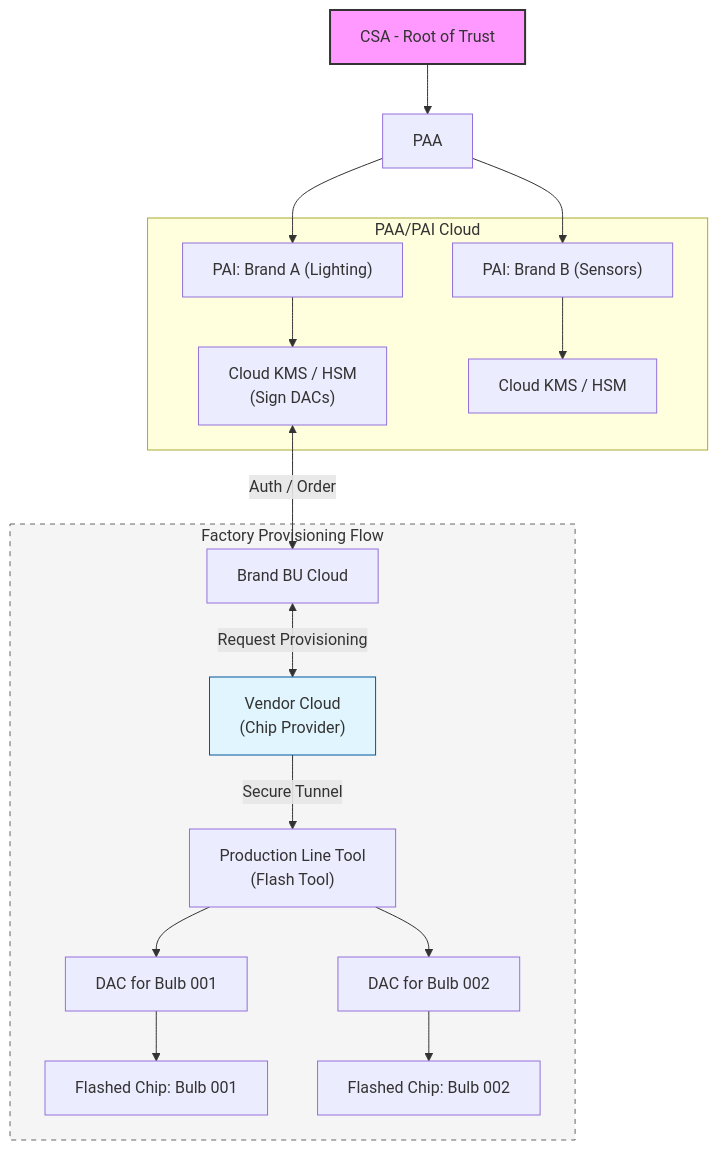
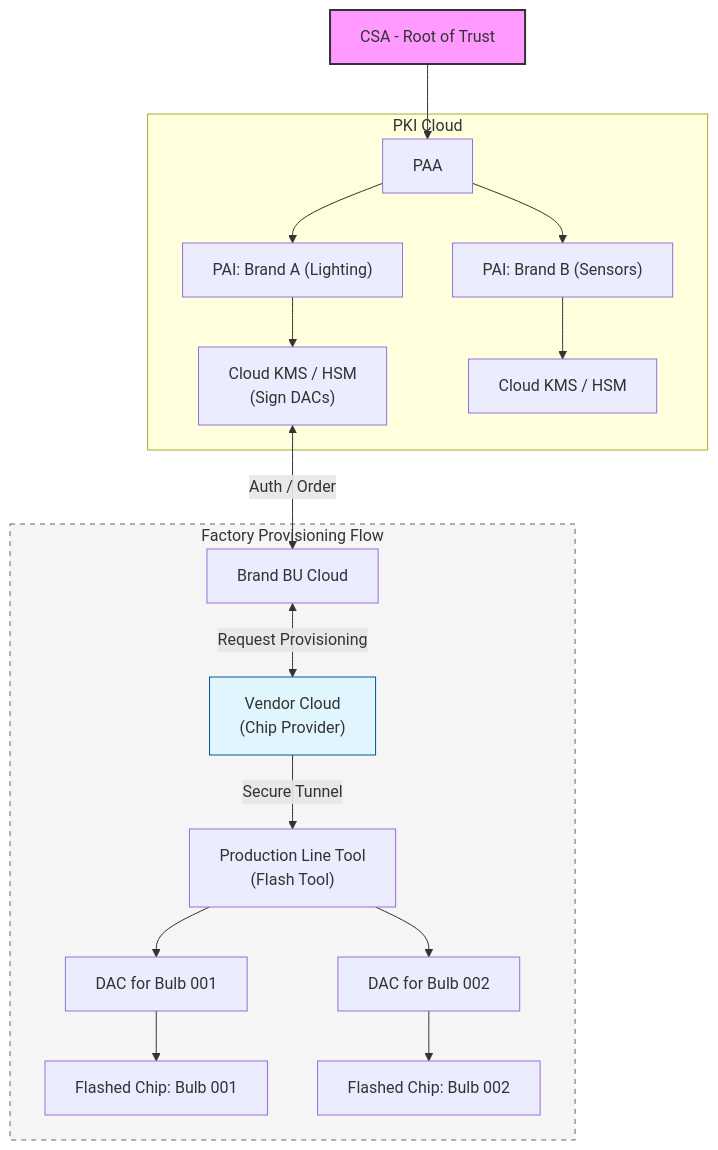
One commit to maudes/tech-notes changed the diagram in docs/blog/posts/2026-03-08-case-study-matter-protocol-to-product.md. Above: the diagram before and after it, drawn with Mermaid.

Commit message:
minor jargon update

````diff
--- a/docs/blog/posts/2026-03-08-case-study-matter-protocol-to-product.md
+++ b/docs/blog/posts/2026-03-08-case-study-matter-protocol-to-product.md
@@ -90,35 +90,33 @@
 ``` mermaid
 graph TD
 accTitle: Matter DAC Provisioning Flow (Simplified Diagram)
 
     %% PKI Hierarchy
     CSA[CSA - Root of Trust] --> PAA[PAA]
-    PAA --> PAI1["PAI: Brand A (Lighting)"]
-    PAA --> PAI2["PAI: Brand B (Sensors)"]
-
-    %% Certificate Management
-    subgraph Cloud["PAA/PAI Cloud"]
+    subgraph Cloud["PKI Cloud"]
+        PAA --> PAI1["PAI: Brand A (Lighting)"]
+        PAA --> PAI2["PAI: Brand B (Sensors)"]
         PAI1 --> KMS1["Cloud KMS / HSM<br>(Sign DACs)"]
         PAI2 --> KMS2["Cloud KMS / HSM"]
     end
 
     %% Factory Flow
     subgraph Factory["Factory Provisioning Flow"]
         KMS1 <-- "Auth / Order" --> BU["Brand BU Cloud"]
         BU <-- "Request Provisioning" --> VC["Vendor Cloud<br>(Chip Provider)"]
         
         %% DAC Distribution
         VC -- "Secure Tunnel" --> FL["Production Line Tool<br>(Flash Tool)"]
         
         FL --> DAC1["DAC for Bulb 001"]
         FL --> DAC2["DAC for Bulb 002"]
         
         DAC1 --> Device1["Flashed Chip: Bulb 001"]
         DAC2 --> Device2["Flashed Chip: Bulb 002"]
     end
 
     %% Styles
     style CSA fill:#f9f,stroke:#333,stroke-width:2px
     style Factory fill:#f5f5f5,stroke:#666,stroke-dasharray: 5 5
     style VC fill:#e1f5fe,stroke:#01579b
 ```
````
